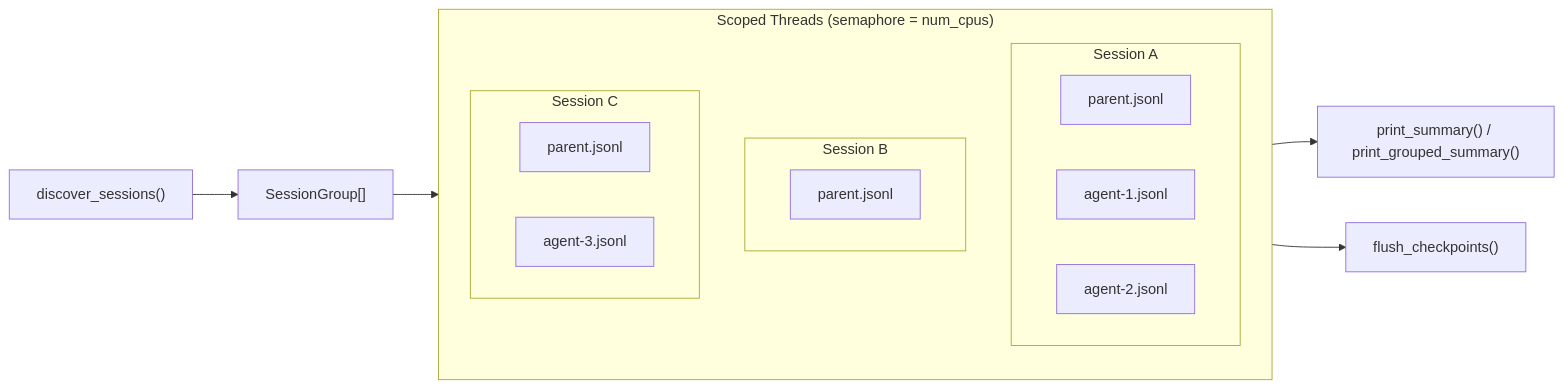
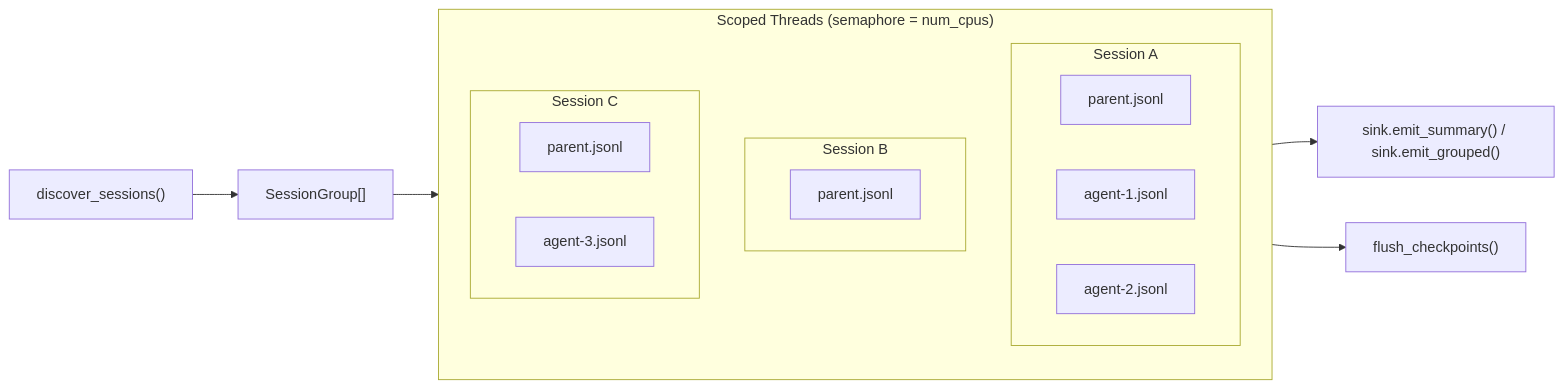
Before and after one commit to korjwl1/toki: the second of 4 diagrams in README.md, drawn with Mermaid. The commit also changed other lines of this file and 8 other files, not shown here.

````diff
--- a/README.md
+++ b/README.md
@@ -275,31 +294,31 @@
 ```mermaid
 flowchart LR
     discover["discover_sessions()"] --> sessions["SessionGroup[]"]
 
     sessions --> scope["std::thread::scope"]
 
     subgraph scope["Scoped Threads (semaphore = num_cpus)"]
         direction TB
         s1["Session A"]
         s2["Session B"]
         s3["Session C"]
 
         subgraph s1["Session A"]
             p1["parent.jsonl"]
             sub1["agent-1.jsonl"]
             sub2["agent-2.jsonl"]
         end
 
         subgraph s2["Session B"]
             p2["parent.jsonl"]
         end
 
         subgraph s3["Session C"]
             p3["parent.jsonl"]
             sub3["agent-3.jsonl"]
         end
     end
 
-    scope --> print["print_summary() / print_grouped_summary()"]
+    scope --> sink["sink.emit_summary() / sink.emit_grouped()"]
     scope --> flush2["flush_checkpoints()"]
 ```
````
